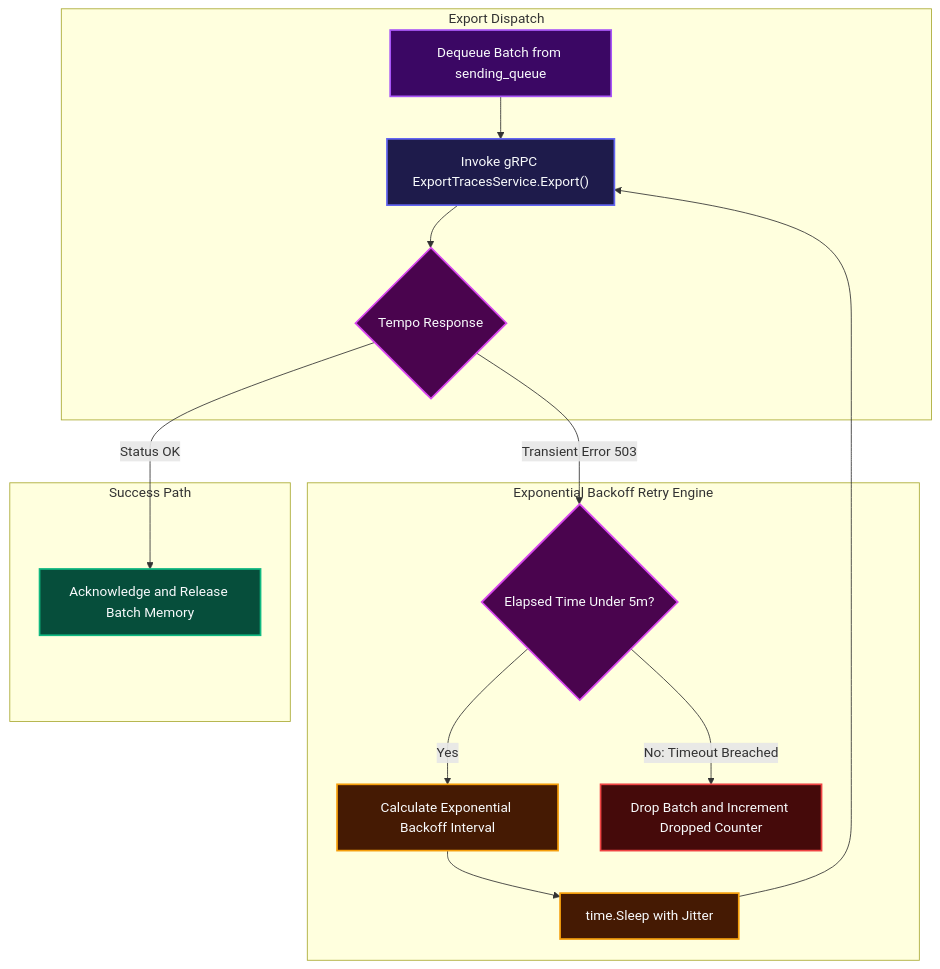
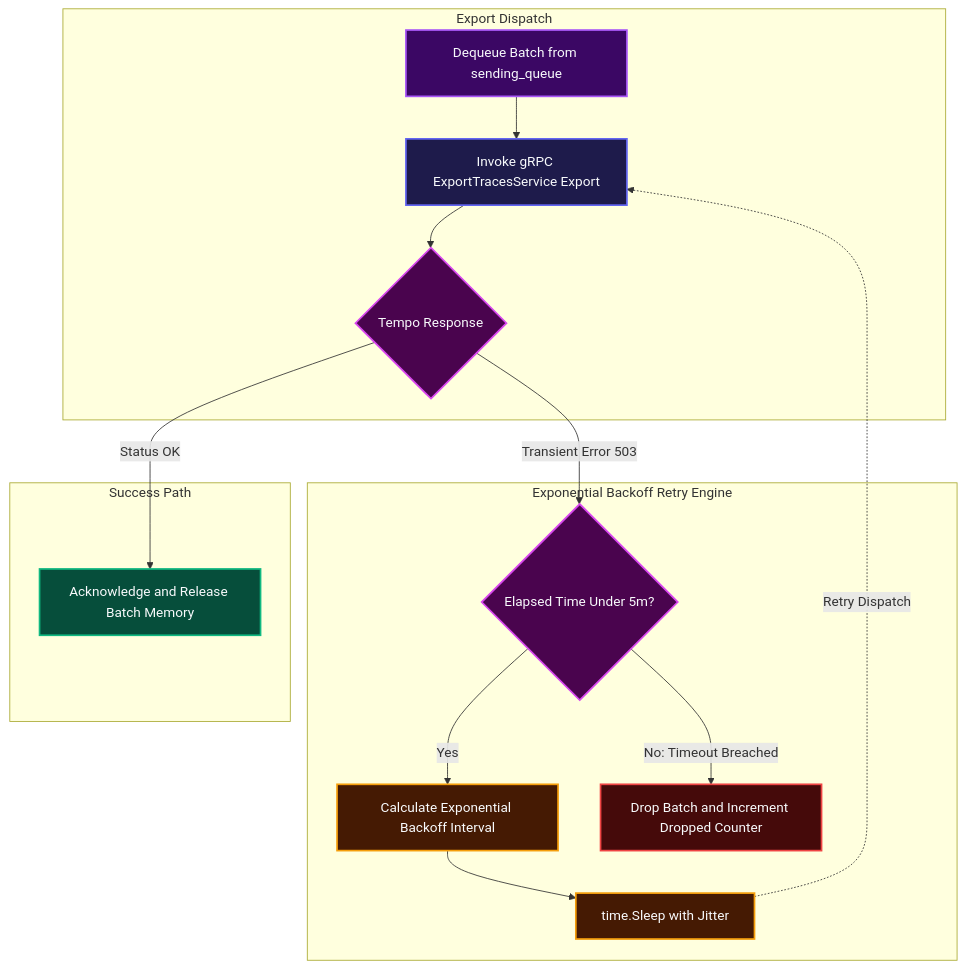
One commit to Chief-Strategist-J/llm-obs-infra changed diagram 14 of 22 in docs/configDoc/otel-collector-configuration-guide.md. Above: the diagram before and after it, drawn with Mermaid. The commit also changed other lines of this file, not shown here.

Commit message:
fix(docs): resolve all Mermaid diagram syntax and layout rendering issues in otel configuration guide

````diff
--- a/docs/configDoc/otel-collector-configuration-guide.md
+++ b/docs/configDoc/otel-collector-configuration-guide.md
@@ -1342,28 +1367,34 @@
 ```mermaid
 graph TD
     subgraph DispatchAttempt ["Export Dispatch"]
-        DequeueBatch["Dequeue Batch from sending_queue"] --> CallExport["Invoke gRPC ExportTracesService.Export()"]
+        DequeueBatch["Dequeue Batch from sending_queue"] --> CallExport["Invoke gRPC ExportTracesService Export"]
         CallExport --> ResponseCheck{"Tempo Response"}
     end
 
     subgraph SuccessPath ["Success Path"]
-        ResponseCheck -->|Status OK| AckBatch["Acknowledge and Release Batch Memory"]
+        AckBatch["Acknowledge and Release Batch Memory"]
     end
 
     subgraph RetryStateMachine ["Exponential Backoff Retry Engine"]
-        ResponseCheck -->|Transient Error 503| CheckElapsed{"Elapsed Time Under 5m?"}
-        CheckElapsed -->|Yes| CalcBackoff["Calculate Exponential Backoff Interval"]
-        CalcBackoff --> SleepWait["time.Sleep with Jitter"]
-        SleepWait --> CallExport
-        CheckElapsed -->|No: Timeout Breached| DropBatch["Drop Batch and Increment Dropped Counter"]
+        CheckElapsed{"Elapsed Time Under 5m?"}
+        CalcBackoff["Calculate Exponential Backoff Interval"]
+        SleepWait["time.Sleep with Jitter"]
+        DropBatch["Drop Batch and Increment Dropped Counter"]
+        CheckElapsed -->|Yes| CalcBackoff
+        CalcBackoff --> SleepWait
+        CheckElapsed -->|No: Timeout Breached| DropBatch
     end
+
+    ResponseCheck -->|Status OK| AckBatch
+    ResponseCheck -->|Transient Error 503| CheckElapsed
+    SleepWait -.->|Retry Dispatch| CallExport
 
     style DequeueBatch fill:#3b0764,stroke:#a855f7,stroke-width:2px,color:#f8fafc
     style CallExport fill:#1e1b4b,stroke:#6366f1,stroke-width:2px,color:#f8fafc
     style ResponseCheck fill:#4a044e,stroke:#d946ef,stroke-width:2px,color:#f8fafc
     style AckBatch fill:#064e3b,stroke:#10b981,stroke-width:2px,color:#f8fafc
     style CheckElapsed fill:#4a044e,stroke:#d946ef,stroke-width:2px,color:#f8fafc
     style CalcBackoff fill:#451a03,stroke:#f59e0b,stroke-width:2px,color:#f8fafc
     style SleepWait fill:#451a03,stroke:#f59e0b,stroke-width:2px,color:#f8fafc
     style DropBatch fill:#450a0a,stroke:#ef4444,stroke-width:2px,color:#f8fafc
 ```
````
